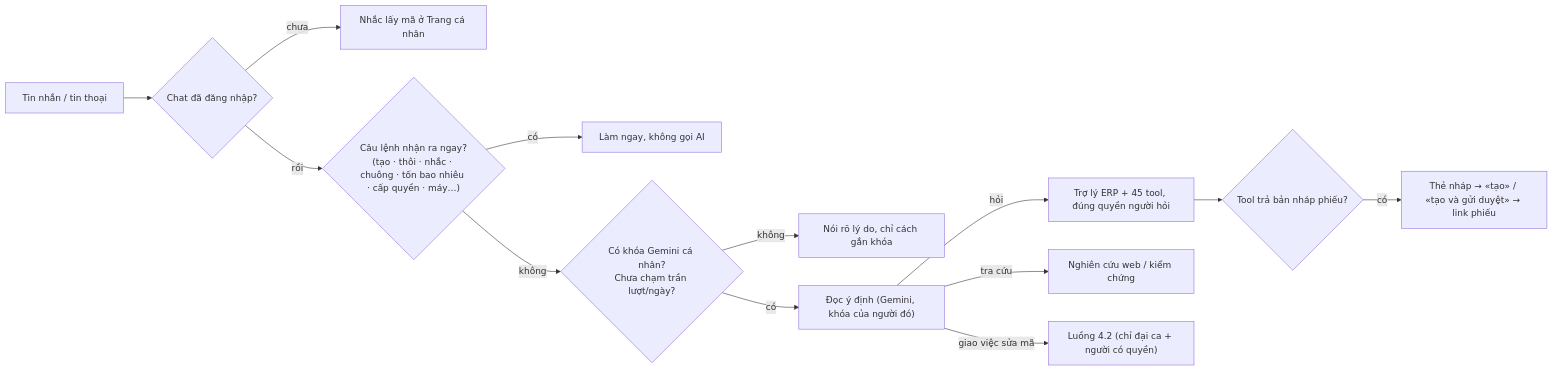
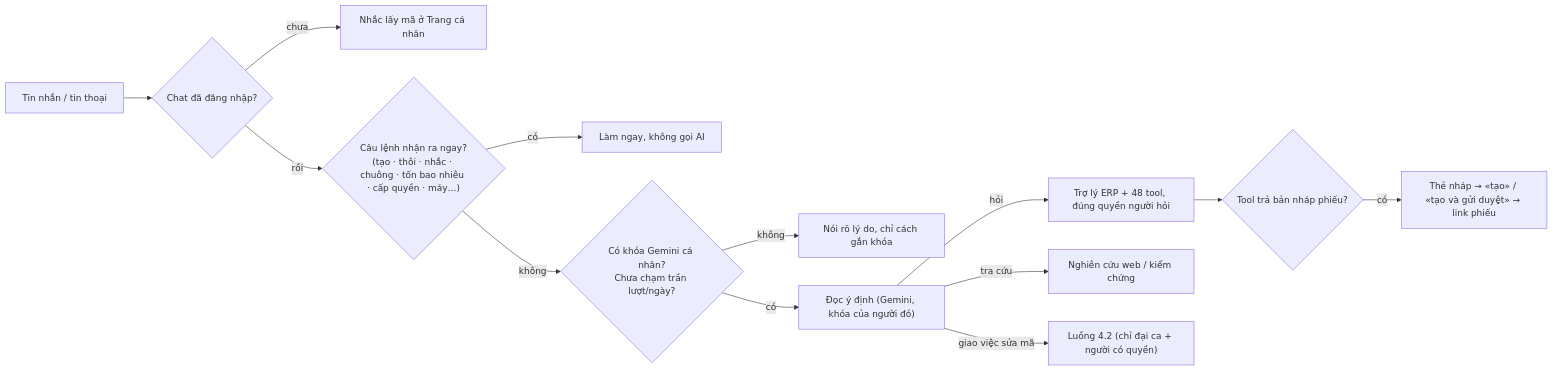
Before and after one commit to giabaohb99/procurement-tool: the second of 3 diagrams in doc/agent-hub/07-quy-trinh-va-so-do.md, drawn with Mermaid. The commit also changed other lines of this file and 16 other files, not shown here.

````diff
--- a/doc/agent-hub/07-quy-trinh-va-so-do.md
+++ b/doc/agent-hub/07-quy-trinh-va-so-do.md
@@ -93,15 +93,15 @@
 ```mermaid
 flowchart LR
     A["Tin nhắn / tin thoại"] --> B{"Chat đã đăng nhập?"}
     B -- chưa --> B1["Nhắc lấy mã ở Trang cá nhân"]
     B -- rồi --> C{"Câu lệnh nhận ra ngay?<br/>(tạo · thôi · nhắc · chuông · tốn bao nhiêu · cấp quyền · máy…)"}
     C -- có --> C1["Làm ngay, không gọi AI"]
     C -- không --> D{"Có khóa Gemini cá nhân?<br/>Chưa chạm trần lượt/ngày?"}
     D -- không --> D1["Nói rõ lý do, chỉ cách gắn khóa"]
     D -- có --> E["Đọc ý định (Gemini, khóa của người đó)"]
-    E -- hỏi --> F["Trợ lý ERP + 45 tool, đúng quyền người hỏi"]
+    E -- hỏi --> F["Trợ lý ERP + 48 tool, đúng quyền người hỏi"]
     E -- tra cứu --> G["Nghiên cứu web / kiểm chứng"]
     E -- giao việc sửa mã --> H["Luồng 4.2 (chỉ đại ca + người có quyền)"]
     F --> F1{"Tool trả bản nháp phiếu?"}
     F1 -- có --> F2["Thẻ nháp → «tạo» / «tạo và gửi duyệt» → link phiếu"]
 ```
````
